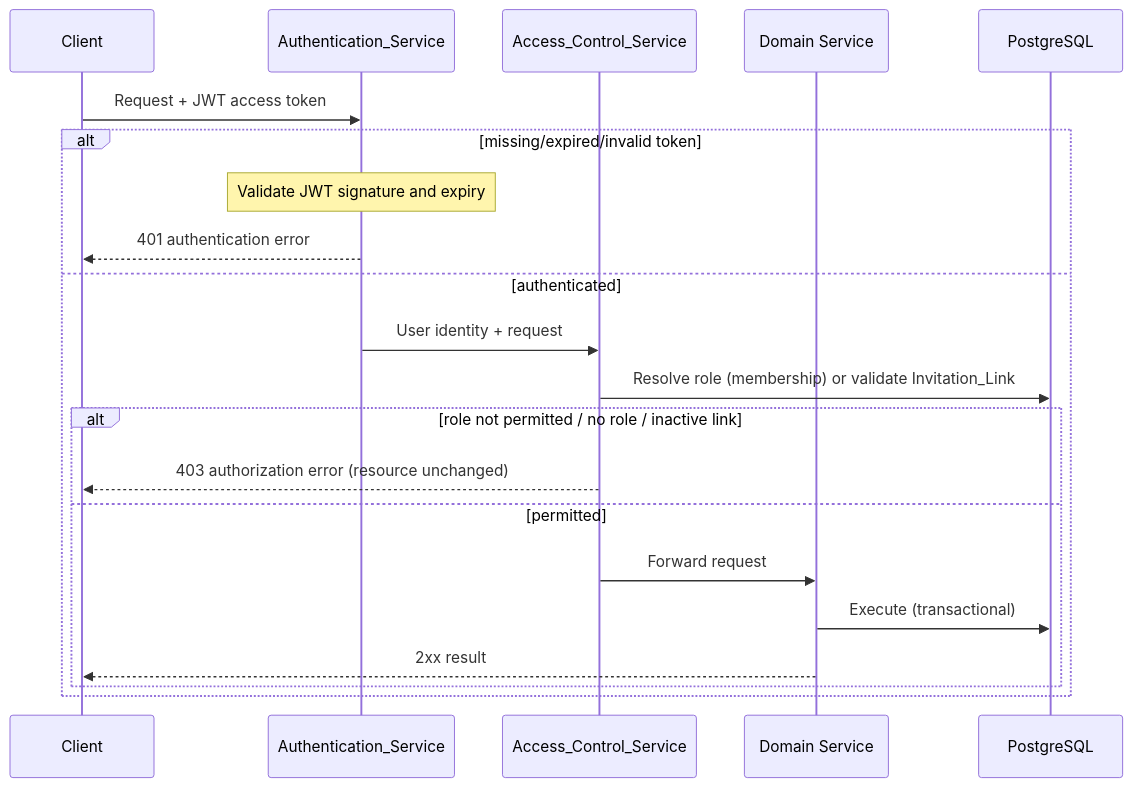
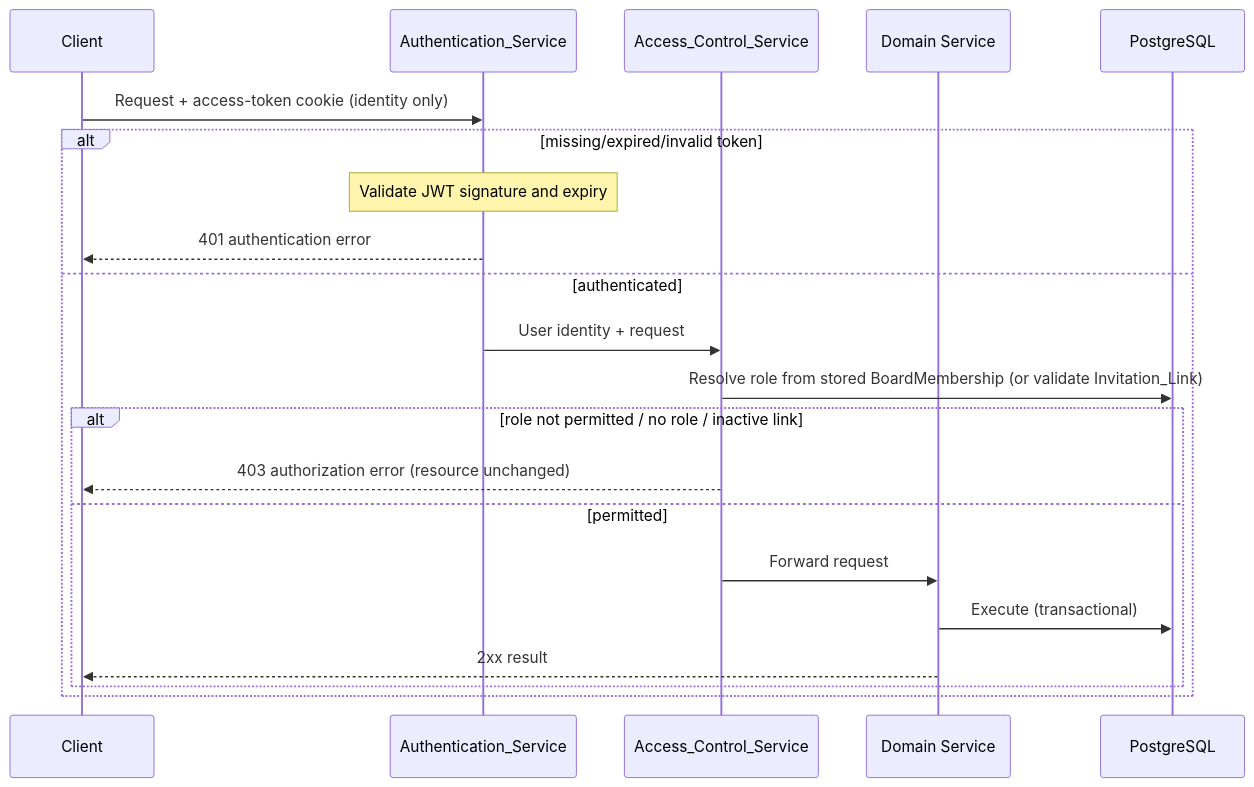
Before and after one commit to Revou-FSSE-Jun26/module-4-FarrasAF: the second of 3 diagrams in .kiro/specs/task-management-app/design.md, drawn with Mermaid. The commit also changed other lines of this file and 4 other files, not shown here.

````diff
--- a/.kiro/specs/task-management-app/design.md
+++ b/.kiro/specs/task-management-app/design.md
@@ -77,24 +83,24 @@
 ```mermaid
 sequenceDiagram
     participant C as Client
     participant Auth as Authentication_Service
     participant AC as Access_Control_Service
     participant Svc as Domain Service
     participant DB as PostgreSQL
 
-    C->>Auth: Request + JWT access token
+    C->>Auth: Request + access-token cookie (identity only)
     alt missing/expired/invalid token
         Note over Auth: Validate JWT signature and expiry
         Auth-->>C: 401 authentication error
     else authenticated
         Auth->>AC: User identity + request
-        AC->>DB: Resolve role (membership) or validate Invitation_Link
+        AC->>DB: Resolve role from stored BoardMembership (or validate Invitation_Link)
         alt role not permitted / no role / inactive link
             AC-->>C: 403 authorization error (resource unchanged)
         else permitted
             AC->>Svc: Forward request
             Svc->>DB: Execute (transactional)
             Svc-->>C: 2xx result
         end
     end
 ```
````
